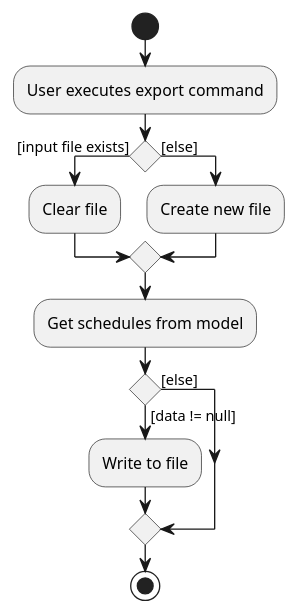
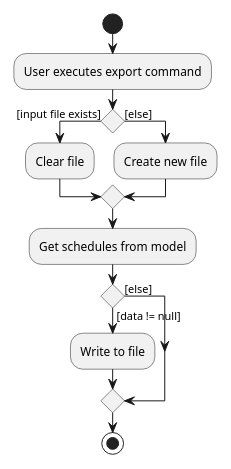
One commit to mirozo/main changed the diagram in docs/diagrams/ExportActivityDiagram.puml. Above: the diagram before and after it, drawn with PlantUML. The commit also changed 4 other files, not shown here.

Commit message:
Resized diagrams

```diff
--- a/docs/diagrams/ExportActivityDiagram.puml
+++ b/docs/diagrams/ExportActivityDiagram.puml
@@ -1,21 +1,22 @@
 @startuml
+scale 3/4
 start
 :User executes export command;
 
 'Since the beta syntax does not support placing the condition outside the
 'diamond we place it as the true branch instead.
 
 if () then ([input file exists])
     :Clear file;
 else ([else])
     :Create new file;
 endif
 
 :Get schedules from model;
 
 if () then ([data != null])
     :Write to file;
 else ([else])
 endif
 stop
 @enduml
```
